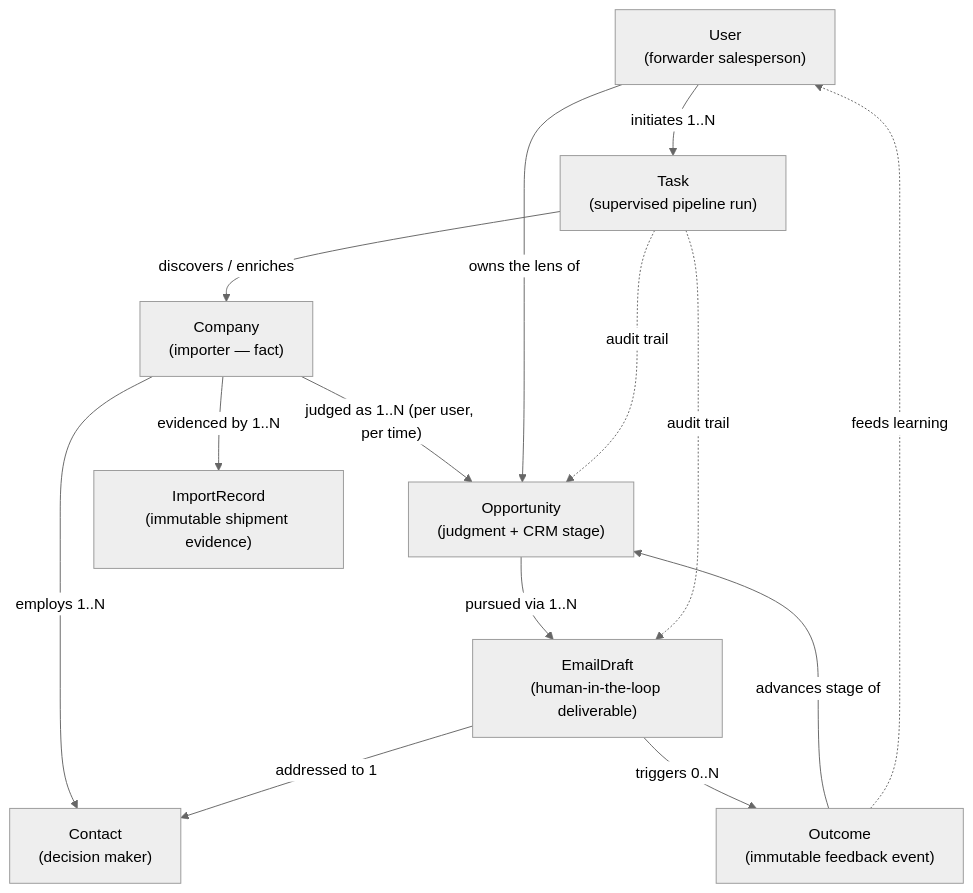
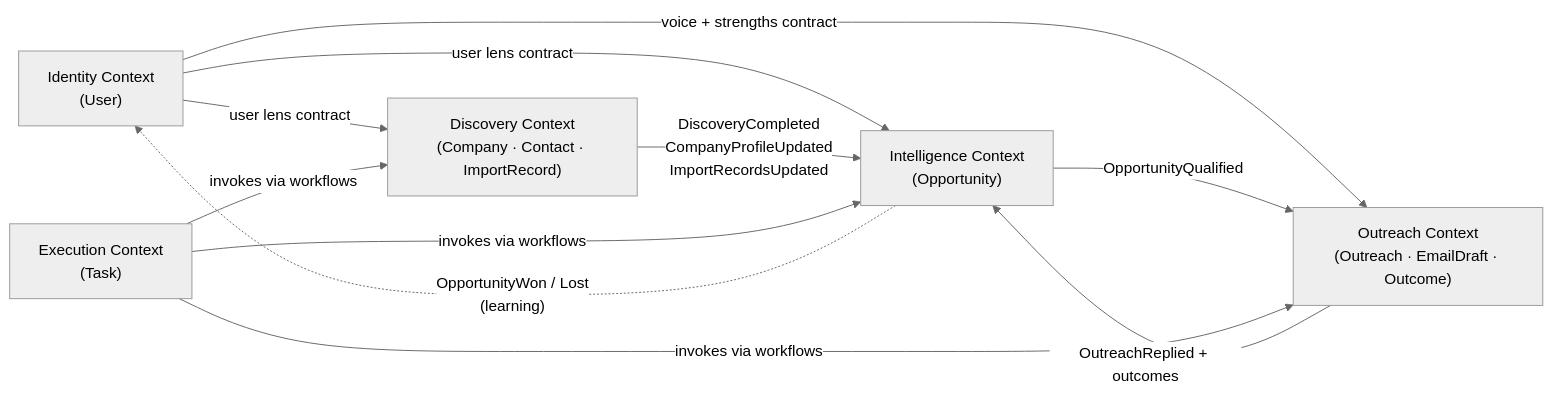
Before and after one commit to Lcc-CL/us-importer-hunter: the first of 2 diagrams in docs/business-domain.md, drawn with Mermaid (neutral theme). The commit also changed other lines of this file and 8 other files, not shown here.

````diff
--- a/docs/business-domain.md
+++ b/docs/business-domain.md
@@ -325,25 +146,19 @@
 ```mermaid
-graph TD
-    USER["User<br/>(forwarder salesperson)"]
-    TASK["Task<br/>(supervised pipeline run)"]
-    COMPANY["Company<br/>(importer — fact)"]
-    OPP["Opportunity<br/>(judgment + CRM stage)"]
-    CONTACT["Contact<br/>(decision maker)"]
-    IR["ImportRecord<br/>(immutable shipment evidence)"]
-    DRAFT["EmailDraft<br/>(human-in-the-loop deliverable)"]
-    OUTCOME["Outcome<br/>(immutable feedback event)"]
+graph LR
+    ID["Identity Context<br/>(User)"]
+    DIS["Discovery Context<br/>(Company · Contact · ImportRecord)"]
+    INT["Intelligence Context<br/>(Opportunity)"]
+    OUT["Outreach Context<br/>(Outreach · EmailDraft · Outcome)"]
+    EXE["Execution Context<br/>(Task)"]
 
-    USER -->|"initiates 1..N"| TASK
-    TASK -->|"discovers / enriches"| COMPANY
-    COMPANY -->|"evidenced by 1..N"| IR
-    COMPANY -->|"employs 1..N"| CONTACT
-    COMPANY -->|"judged as 1..N (per user, per time)"| OPP
-    USER -->|"owns the lens of"| OPP
-    OPP -->|"pursued via 1..N"| DRAFT
-    DRAFT -->|"addressed to 1"| CONTACT
-    DRAFT -->|"triggers 0..N"| OUTCOME
-    OUTCOME -->|"advances stage of"| OPP
-    OUTCOME -.->|"feeds learning"| USER
-    TASK -.->|"audit trail"| OPP
-    TASK -.->|"audit trail"| DRAFT
+    ID -->|"user lens contract"| DIS
+    ID -->|"user lens contract"| INT
+    ID -->|"voice + strengths contract"| OUT
+    DIS -->|"DiscoveryCompleted<br/>CompanyProfileUpdated<br/>ImportRecordsUpdated"| INT
+    INT -->|"OpportunityQualified"| OUT
+    OUT -->|"OutreachReplied + outcomes"| INT
+    INT -.->|"OpportunityWon / Lost<br/>(learning)"| ID
+    EXE -->|"invokes via workflows"| DIS
+    EXE -->|"invokes via workflows"| INT
+    EXE -->|"invokes via workflows"| OUT
 ```
````
